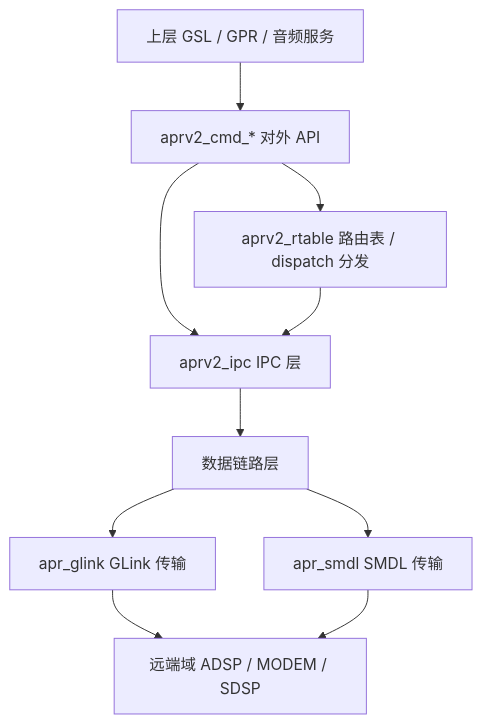
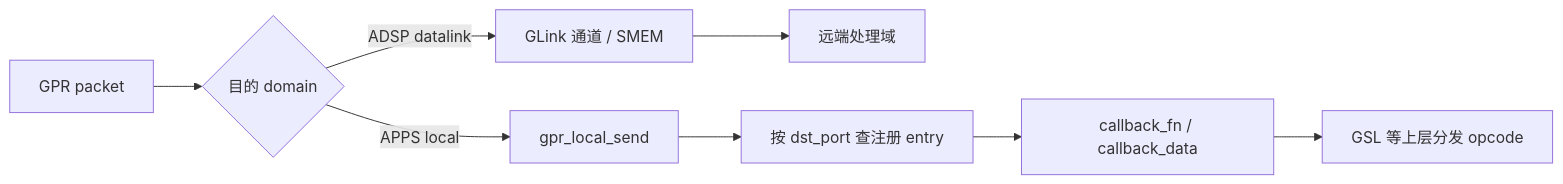
The first of 3 diagrams in 16_Vendor_QNX_Architecture/16_16.19_QNX_apr_lib_APR协议库.md (yanglinzhen1022/SA8295_AAOS_QNX_Audio_KnowledgeBase), drawn with Mermaid before and after one commit. The commit also changed other lines of this file and 11 other files, not shown here.

````diff
--- a/16_Vendor_QNX_Architecture/16_16.19_QNX_apr_lib_APR协议库.md
+++ b/16_Vendor_QNX_Architecture/16_16.19_QNX_apr_lib_APR协议库.md
@@ -30,21 +27,10 @@
 ```mermaid
-graph TB
-    Upper[上层 GSL / GPR / 音频服务]
-    APRAPI[aprv2_cmd_* 对外 API]
-    RTable[aprv2_rtable 路由表 / dispatch 分发]
-    IPC[aprv2_ipc IPC 层]
-    Datalink[数据链路层]
-    GLink[apr_glink GLink 传输]
-    SMDL[apr_smdl SMDL 传输]
-    Remote[远端域 ADSP / MODEM / SDSP]
-
-    Upper --> APRAPI
-    APRAPI --> RTable
-    APRAPI --> IPC
-    RTable --> IPC
-    IPC --> Datalink
-    Datalink --> GLink
-    Datalink --> SMDL
-    GLink --> Remote
-    SMDL --> Remote
+flowchart LR
+    P[GPR packet] --> D{目的 domain}
+    D -->|ADSP datalink| GL[GLink 通道 / SMEM]
+    GL --> DSP[远端处理域]
+    D -->|APPS local| L[gpr_local_send]
+    L --> T[按 dst_port 查注册 entry]
+    T --> CB[callback_fn / callback_data]
+    CB --> U[GSL 等上层分发 opcode]
 ```
````
